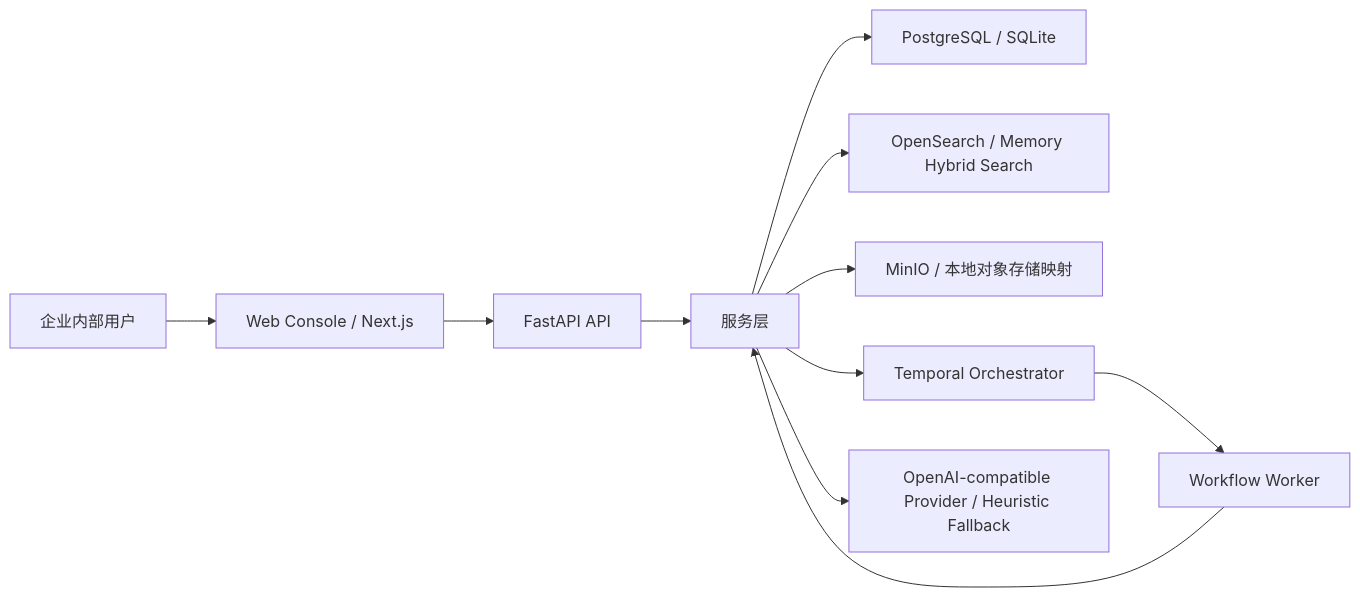
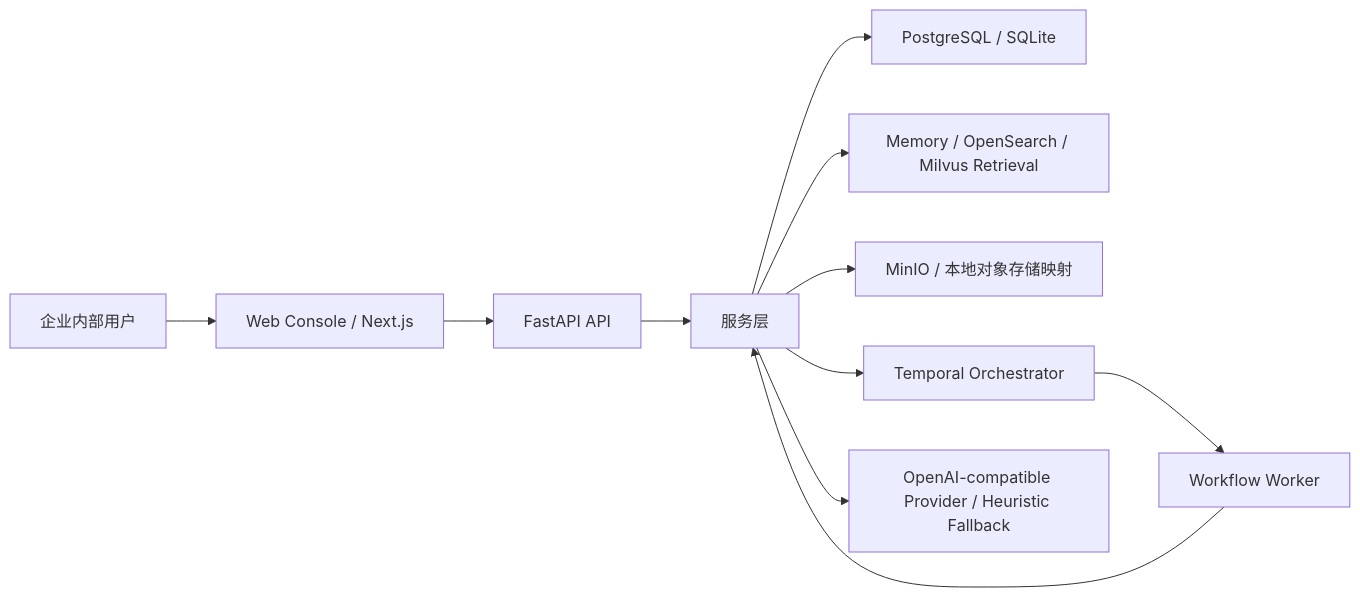
The diagram in docs/01-architecture-overview.md (superkit01/rag), drawn with Mermaid before and after one commit. The commit also changed other lines of this file and 4 other files, not shown here.

Commit message:
docs: document milvus retrieval backend

````diff
--- a/docs/01-architecture-overview.md
+++ b/docs/01-architecture-overview.md
@@ -28,13 +28,13 @@
 ```mermaid
 flowchart LR
     User["企业内部用户"] --> Web["Web Console / Next.js"]
     Web --> API["FastAPI API"]
     API --> Service["服务层"]
     Service --> DB["PostgreSQL / SQLite"]
-    Service --> Search["OpenSearch / Memory Hybrid Search"]
+    Service --> Search["Memory / OpenSearch / Milvus Retrieval"]
     Service --> Object["MinIO / 本地对象存储映射"]
     Service --> Temporal["Temporal Orchestrator"]
     Service --> Model["OpenAI-compatible Provider / Heuristic Fallback"]
     Temporal --> Worker["Workflow Worker"]
     Worker --> Service
 ```
````
